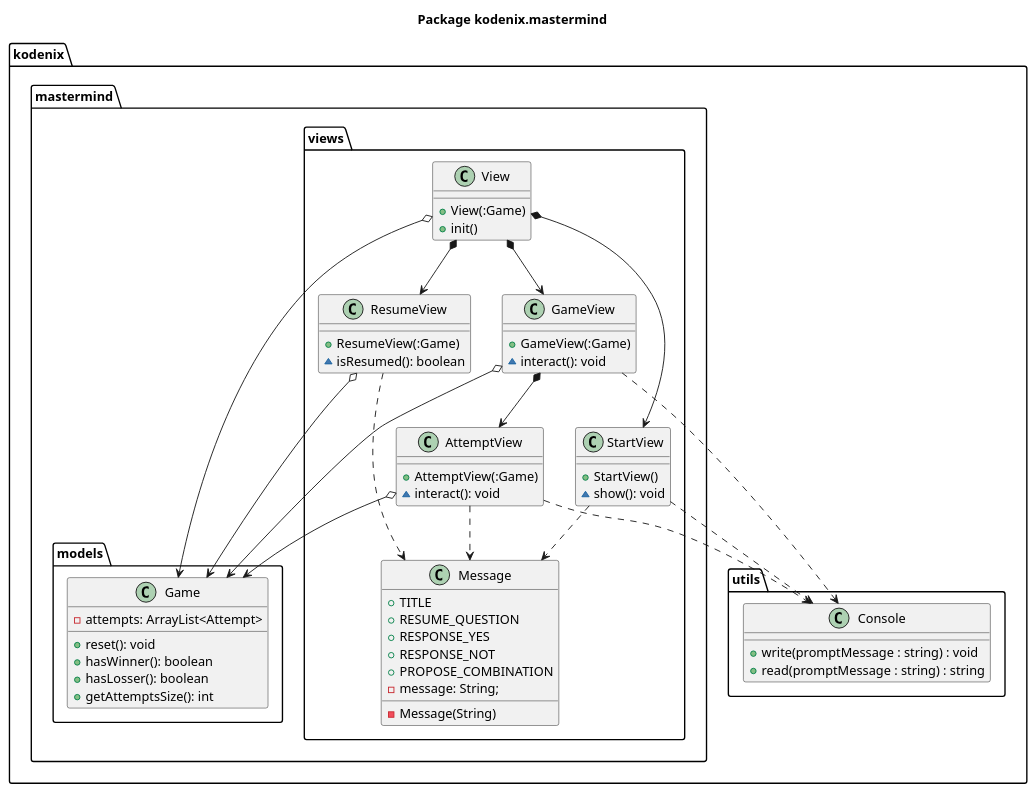
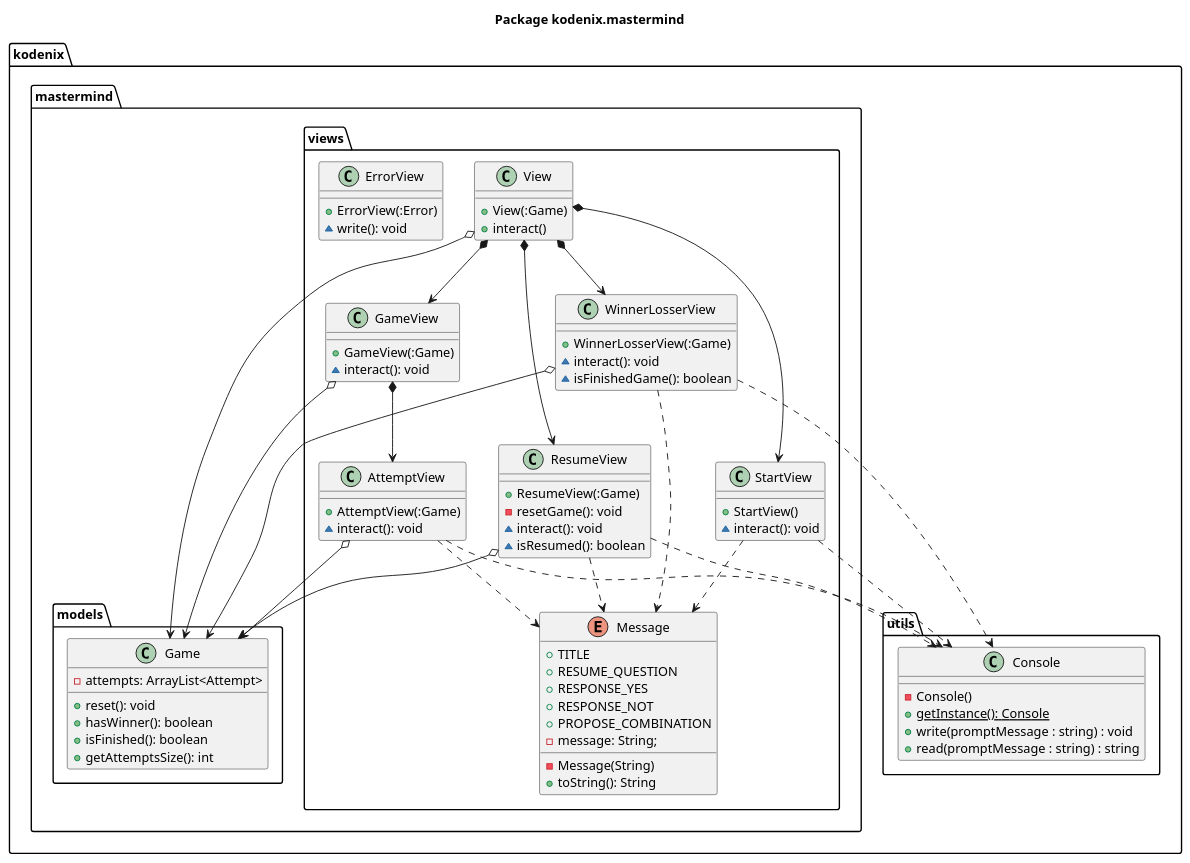
Before and after one commit to Master-Desarrollo-20-21/diseno-oo-ejercicio2-mastermind-document-view-kodenix: the diagram in docs/diagrams/src/paquetes/kodenix.mastermind.views.plantuml, drawn with PlantUML. The commit also changed 16 other files, not shown here.

```diff
--- a/docs/diagrams/src/paquetes/kodenix.mastermind.views.plantuml
+++ b/docs/diagrams/src/paquetes/kodenix.mastermind.views.plantuml
@@ -1,73 +1,92 @@
 @startuml package-mastermind
 title Package kodenix.mastermind 
 
 package kodenix.mastermind.views {
     class View {
         +View(:Game)
-        +init()
+        +interact()
     }
     class StartView {
         +StartView()
-        ~show(): void
+        ~interact(): void
     }
     class ResumeView {
         +ResumeView(:Game)
+        -resetGame(): void
+        ~interact(): void
         ~isResumed(): boolean
+    }
+    class WinnerLosserView {
+        +WinnerLosserView(:Game)
+        ~interact(): void
+        ~isFinishedGame(): boolean
     }
     class GameView {
         +GameView(:Game)
         ~interact(): void
     }
     class AttemptView {
         +AttemptView(:Game)
         ~interact(): void
     }
-    class Message {
+    
+    class ErrorView {
+        +ErrorView(:Error)
+        ~write(): void
+    }
+
+    enum Message {
         +TITLE
         +RESUME_QUESTION
         +RESPONSE_YES
         +RESPONSE_NOT
         +PROPOSE_COMBINATION
         -message: String;
         -Message(String)
+        +toString(): String
     }
     
     View *-down-> StartView
     View *-down-> GameView
     View *-down-> ResumeView
-    GameView *-down-> AttemptView
-    GameView .down.> kodenix.utils.Console
+    View *-down-> WinnerLosserView
+    GameView *-down-> AttemptView 
+    
+    StartView .down.> Message
     StartView .down.> kodenix.utils.Console
-    StartView .down.> Message
     ResumeView .down.> Message
+    ResumeView .down.> kodenix.utils.Console
+    'GameView .down.> kodenix.utils.Console
     AttemptView .down.> Message
     AttemptView .down.> kodenix.utils.Console
-
+    WinnerLosserView .down.> Message
+    WinnerLosserView .down.> kodenix.utils.Console
+    
     
     View o--> kodenix.mastermind.models.Game
     GameView o--> kodenix.mastermind.models.Game
     ResumeView o--> kodenix.mastermind.models.Game
     AttemptView o--> kodenix.mastermind.models.Game
+    WinnerLosserView o--> kodenix.mastermind.models.Game
 }
 
 package kodenix.mastermind.models {
     class Game {
         -attempts: ArrayList<Attempt>
         +reset(): void
         +hasWinner(): boolean
-        +hasLosser(): boolean
+        +isFinished(): boolean
         +getAttemptsSize(): int
     }
 }
 
 package kodenix.utils {
     class Console {
+        -Console()
+        +{static} getInstance(): Console
         +write(promptMessage : string) : void
         +read(promptMessage : string) : string
     }
 }
 
-
-
-
 @enduml
```
